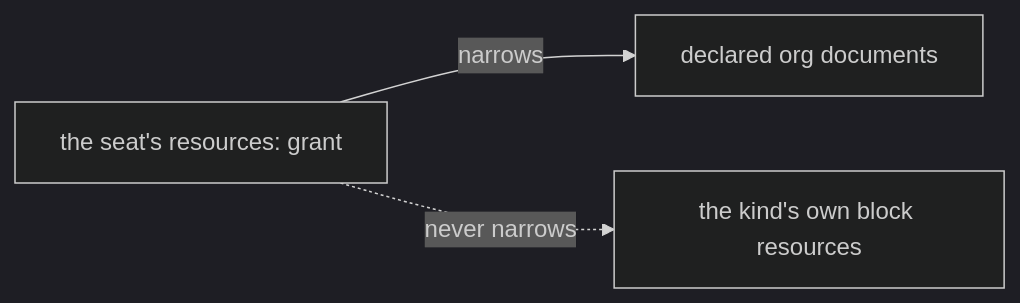
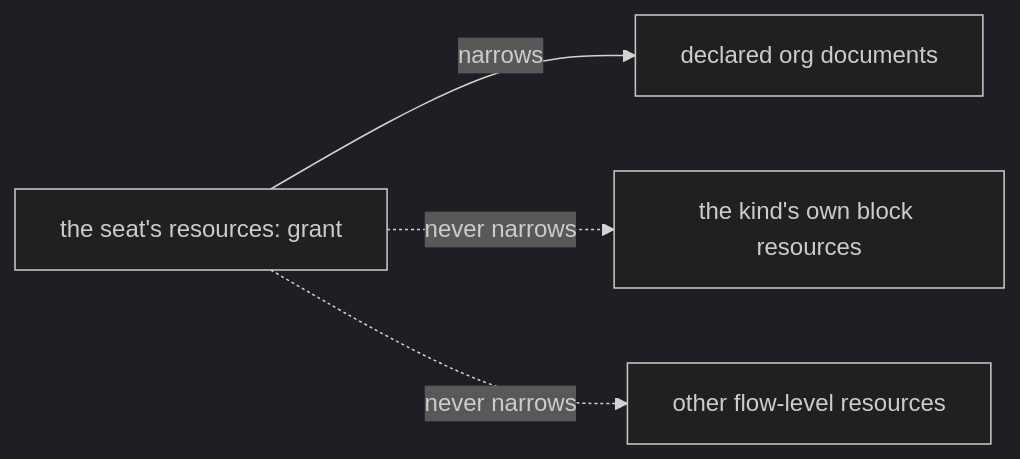
The diagram in spec/FIX-1381/BUSINESS-RULES.md (fixpoint-labs/flow-state-dev), drawn with Mermaid (dark theme) before and after one commit. The commit also changed other lines of this file and 4 other files, not shown here.

````diff
--- a/spec/FIX-1381/BUSINESS-RULES.md
+++ b/spec/FIX-1381/BUSINESS-RULES.md
@@ -33,5 +34,6 @@
 ```mermaid
 flowchart LR
   G["the seat's resources: grant"] -->|"narrows"| D["declared org documents"]
   G -.->|"never narrows"| K["the kind's own block resources"]
+  G -.->|"never narrows"| F["other flow-level resources"]
 ```
````
